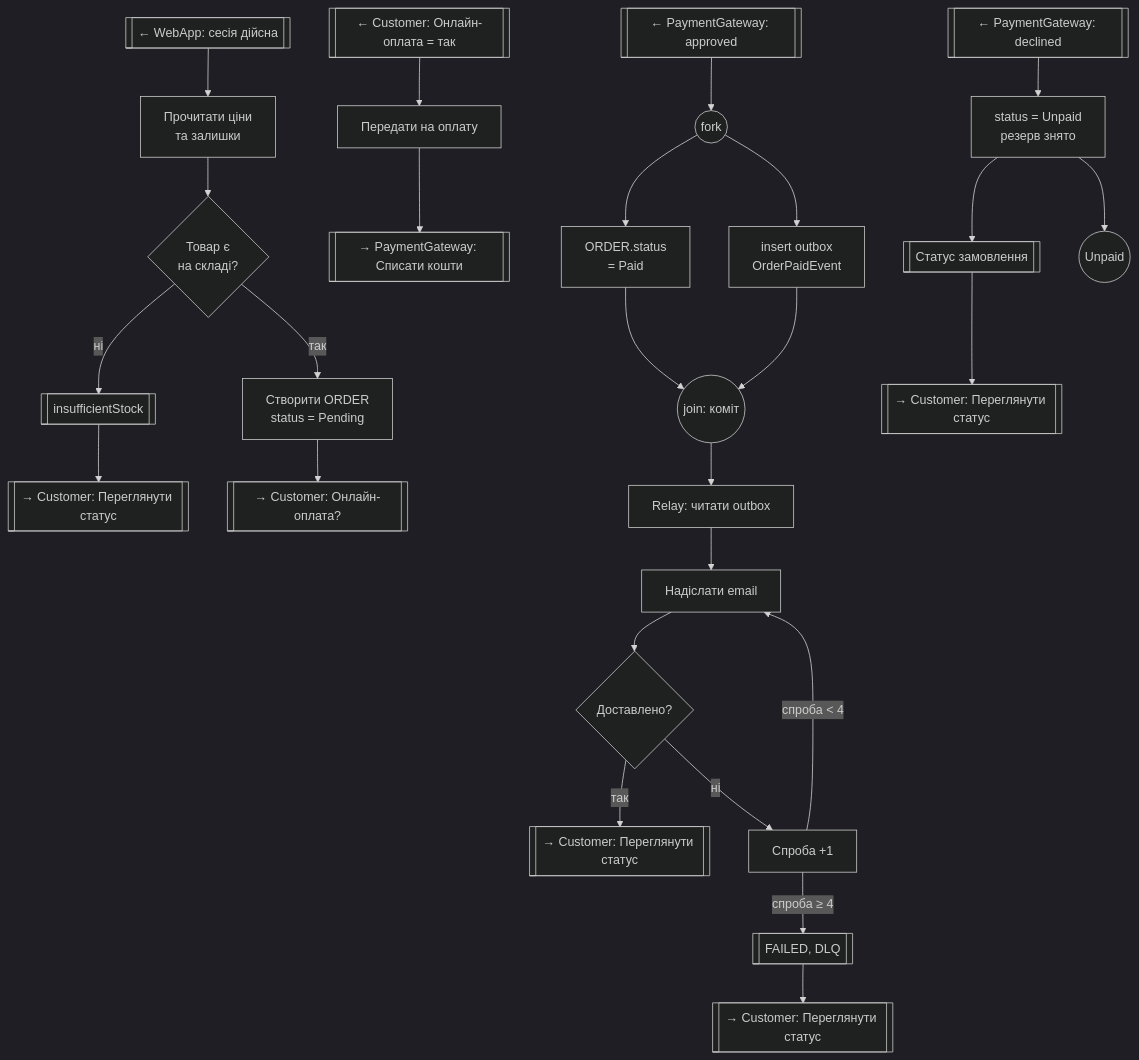
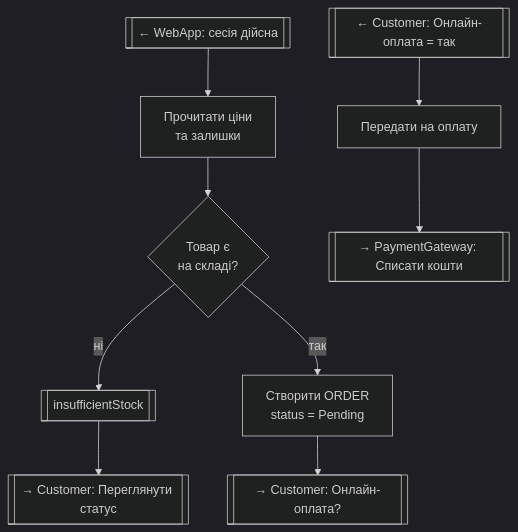
Before and after one commit to Stefect/Modeling-and-Analysis-of-Software-Requirements: the third of 5 diagrams in task-4/activity.md, drawn with Mermaid (dark theme). The commit also changed 3 other files, not shown here.

````diff
--- a/task-4/activity.md
+++ b/task-4/activity.md
@@ -40,31 +40,12 @@
 ```mermaid
 flowchart TB
     O0in[[← WebApp: сесія дійсна]] --> O1[Прочитати ціни<br/>та залишки]
     O1 --> O2{Товар є<br/>на складі?}
     O2 -- ні --> O3[[insufficientStock]]
     O3 --> O3out[[→ Customer: Переглянути статус]]
     O2 -- так --> O4[Створити ORDER<br/>status = Pending]
     O4 --> O4out[[→ Customer: Онлайн-оплата?]]
 
     O10in[[← Customer: Онлайн-оплата = так]] --> O10[Передати на оплату]
     O10 --> O10out[[→ PaymentGateway: Списати кошти]]
-
-    P_ok[[← PaymentGateway: approved]] --> O5((fork))
-    O5 --> O6[ORDER.status<br/>= Paid]
-    O5 --> O7[insert outbox<br/>OrderPaidEvent]
-    O6 --> O8((join: коміт))
-    O7 --> O8
-    O8 --> R1[Relay: читати outbox]
-    R1 --> R2[Надіслати email]
-    R2 --> R3{Доставлено?}
-    R3 -- так --> R3out[[→ Customer: Переглянути статус]]
-    R3 -- ні --> R4[Спроба +1]
-    R4 -- спроба < 4 --> R2
-    R4 -- спроба ≥ 4 --> R5[[FAILED, DLQ]]
-    R5 --> R5out[[→ Customer: Переглянути статус]]
-
-    P_no[[← PaymentGateway: declined]] --> O9[status = Unpaid<br/>резерв знято]
-    O9 --> O11[[Статус замовлення]]
-    O11 --> O11out[[→ Customer: Переглянути статус]]
-    O9 --> UNP((Unpaid))
 ```
````
